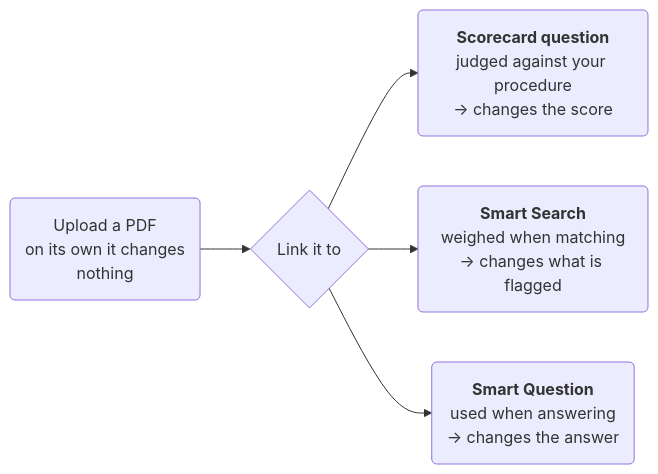
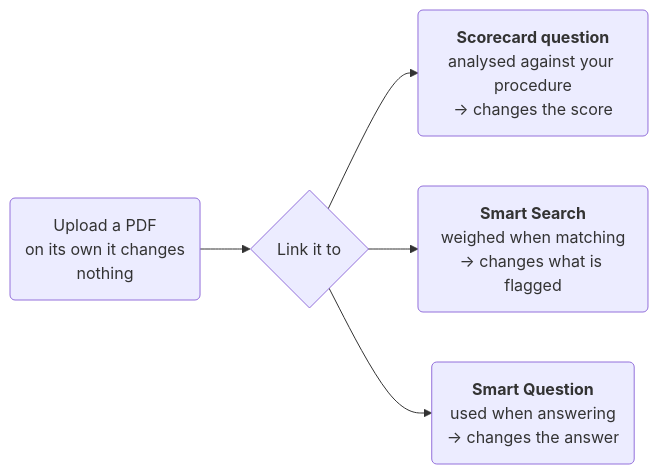
Before and after one commit to Botlhale-AI/docs-vela: the diagram in docs/knowledge-base-guide.md, drawn with Mermaid. The commit also changed other lines of this file and 10 other files, not shown here.

````diff
--- a/docs/knowledge-base-guide.md
+++ b/docs/knowledge-base-guide.md
@@ -36,7 +36,7 @@
 ```mermaid
 flowchart LR
     U("Upload a PDF<br/>on its own it changes<br/>nothing") --> L{"Link it to"}
-    L --> S("<b>Scorecard question</b><br/>judged against your procedure<br/>→ changes the score")
+    L --> S("<b>Scorecard question</b><br/>analysed against your procedure<br/>→ changes the score")
     L --> M("<b>Smart Search</b><br/>weighed when matching<br/>→ changes what is flagged")
     L --> Q("<b>Smart Question</b><br/>used when answering<br/>→ changes the answer")
 ```
````
